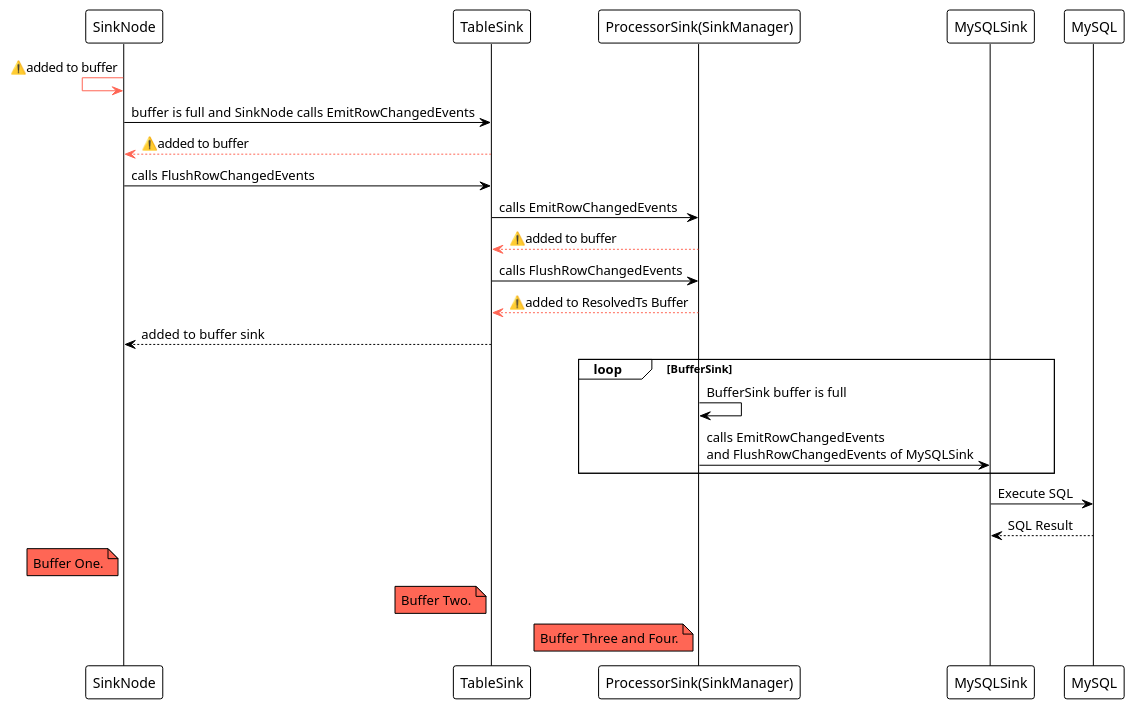
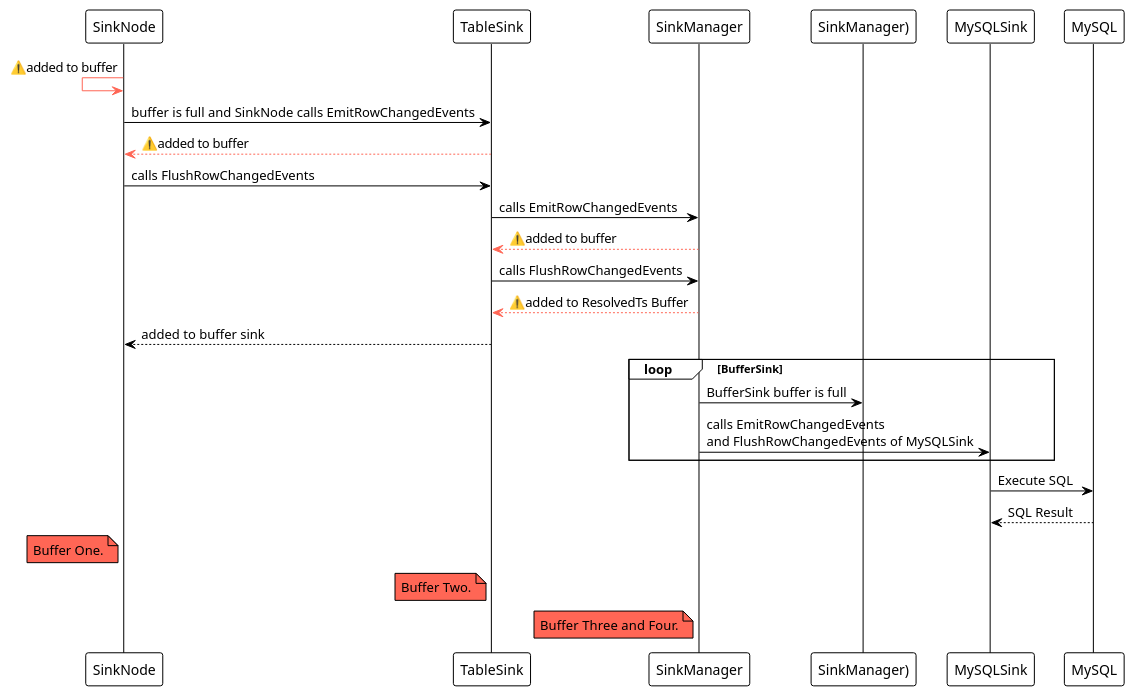
One commit to 0xPoe/talks changed the sixth of 13 diagrams in ticdc-new-sink.slide/slides.md. Above: the diagram before and after it, drawn with PlantUML. The commit also changed other lines of this file, not shown here.

````diff
--- a/ticdc-new-sink.slide/slides.md
+++ b/ticdc-new-sink.slide/slides.md
@@ -600,34 +600,34 @@
 ```plantuml {scale: 0.8}
 @startuml
 !theme plain
 SinkNode <[bold,#FF6655]- SinkNode: ⚠️added to buffer
 SinkNode -> TableSink: buffer is full and SinkNode calls EmitRowChangedEvents
 SinkNode <-[bold,#FF6655]- TableSink: ⚠️added to buffer
 SinkNode -> TableSink: calls FlushRowChangedEvents
-TableSink -> "ProcessorSink(SinkManager)": calls EmitRowChangedEvents
-TableSink <-[bold,#FF6655]- "ProcessorSink(SinkManager)": ⚠️added to buffer
-TableSink -> "ProcessorSink(SinkManager)": calls FlushRowChangedEvents
-TableSink <-[bold,#FF6655]- "ProcessorSink(SinkManager)": ⚠️added to ResolvedTs Buffer
+TableSink -> "SinkManager": calls EmitRowChangedEvents
+TableSink <-[bold,#FF6655]- "SinkManager": ⚠️added to buffer
+TableSink -> "SinkManager": calls FlushRowChangedEvents
+TableSink <-[bold,#FF6655]- "SinkManager": ⚠️added to ResolvedTs Buffer
 SinkNode <-- TableSink: added to buffer sink
 loop BufferSink
-  "ProcessorSink(SinkManager)" -> "ProcessorSink(SinkManager)": BufferSink buffer is full
-  "ProcessorSink(SinkManager)" -> MySQLSink: calls EmitRowChangedEvents \nand FlushRowChangedEvents of MySQLSink
+  "SinkManager" -> "SinkManager)": BufferSink buffer is full
+  "SinkManager" -> MySQLSink: calls EmitRowChangedEvents \nand FlushRowChangedEvents of MySQLSink
 end
 MySQLSink -> MySQL: Execute SQL
 MySQLSink <-- MySQL: SQL Result
 
 
 note left of SinkNode #FF6655
   Buffer One.
 end note
 
 note left of TableSink #FF6655
   Buffer Two.
 end note
 
-note left of "ProcessorSink(SinkManager)" #FF6655
+note left of "SinkManager" #FF6655
   Buffer Three and Four.
 end note
 
 @enduml
 ```
````
